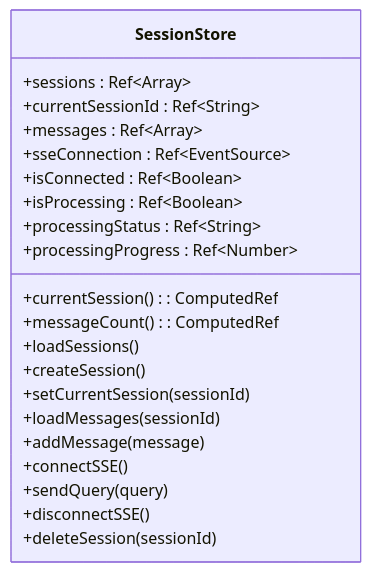
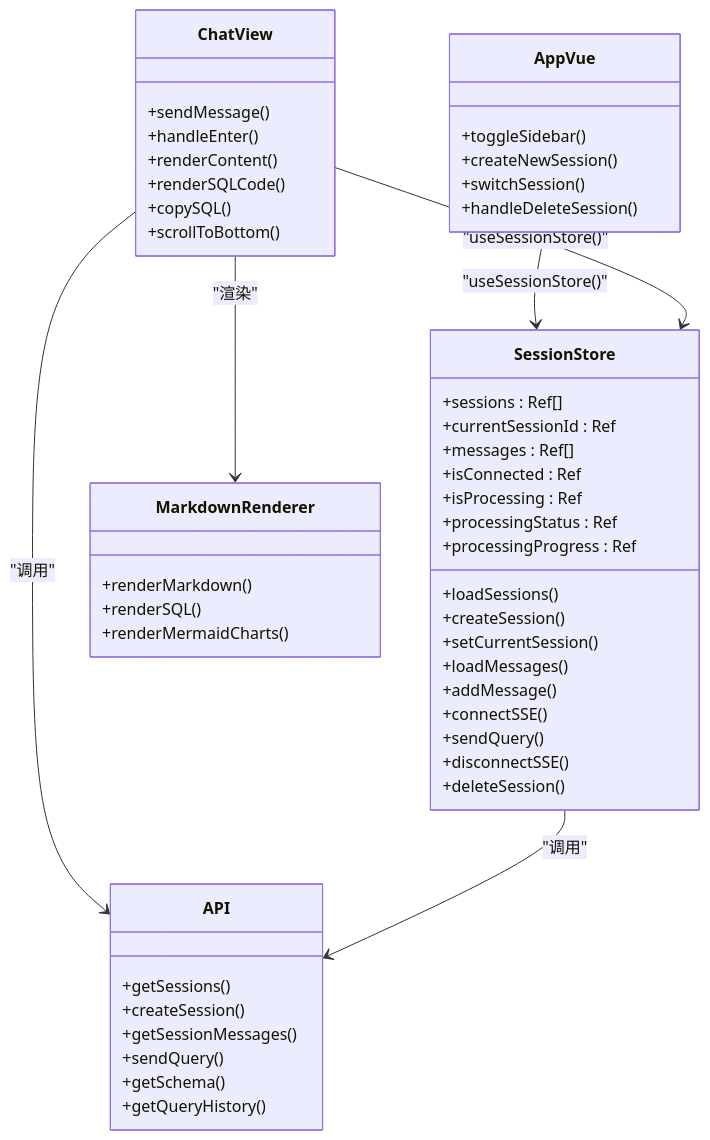
Before and after one commit to HanHuiOnLine/724-office: the third of 6 diagrams in NL2SQL/.qoder/repowiki/zh/content/前端应用/前端应用.md, drawn with Mermaid. The commit also changed other lines of this file and 200 other files, not shown here.

````diff
--- a/NL2SQL/.qoder/repowiki/zh/content/前端应用/前端应用.md
+++ b/NL2SQL/.qoder/repowiki/zh/content/前端应用/前端应用.md
@@ -328,24 +188,53 @@
 ```mermaid
 classDiagram
+class AppVue {
++toggleSidebar()
++createNewSession()
++switchSession()
++handleDeleteSession()
+}
 class SessionStore {
-+sessions : Ref~Array~
-+currentSessionId : Ref~String~
-+messages : Ref~Array~
-+sseConnection : Ref~EventSource~
-+isConnected : Ref~Boolean~
-+isProcessing : Ref~Boolean~
-+processingStatus : Ref~String~
-+processingProgress : Ref~Number~
-+currentSession() : ComputedRef
-+messageCount() : ComputedRef
++sessions : Ref[]
++currentSessionId : Ref<string|null>
++messages : Ref[]
++isConnected : Ref<boolean>
++isProcessing : Ref<boolean>
++processingStatus : Ref<string>
++processingProgress : Ref<number>
 +loadSessions()
 +createSession()
-+setCurrentSession(sessionId)
-+loadMessages(sessionId)
-+addMessage(message)
++setCurrentSession()
++loadMessages()
++addMessage()
 +connectSSE()
-+sendQuery(query)
++sendQuery()
 +disconnectSSE()
-+deleteSession(sessionId)
++deleteSession()
 }
+class ChatView {
++sendMessage()
++handleEnter()
++renderContent()
++renderSQLCode()
++copySQL()
++scrollToBottom()
+}
+class API {
++getSessions()
++createSession()
++getSessionMessages()
++sendQuery()
++getSchema()
++getQueryHistory()
+}
+class MarkdownRenderer {
++renderMarkdown()
++renderSQL()
++renderMermaidCharts()
+}
+AppVue --> SessionStore : "useSessionStore()"
+ChatView --> SessionStore : "useSessionStore()"
+ChatView --> API : "调用"
+ChatView --> MarkdownRenderer : "渲染"
+SessionStore --> API : "调用"
 ```
````
